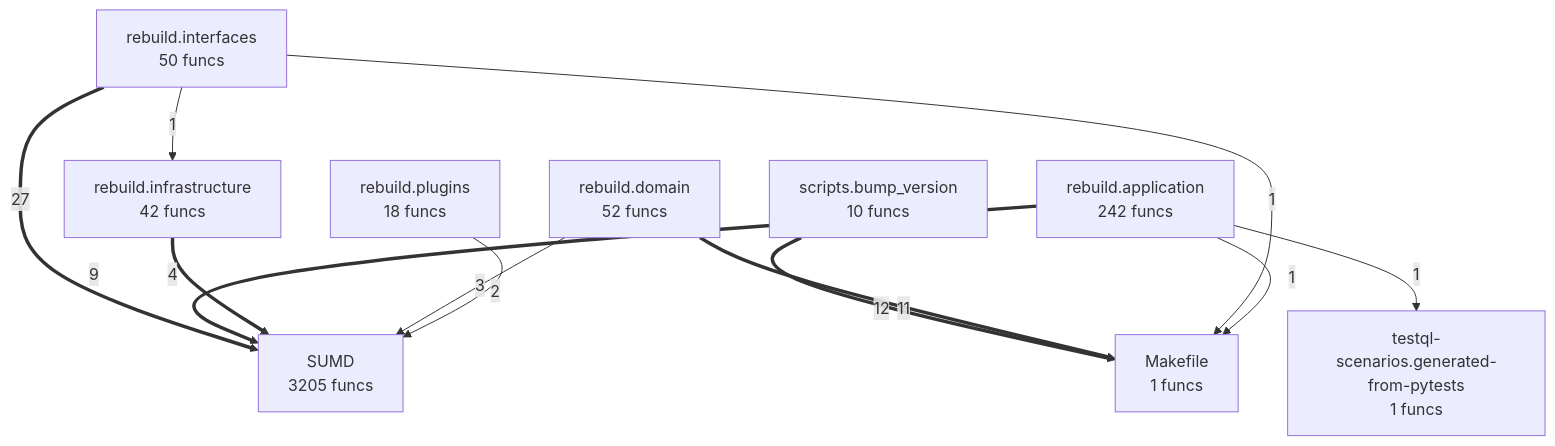
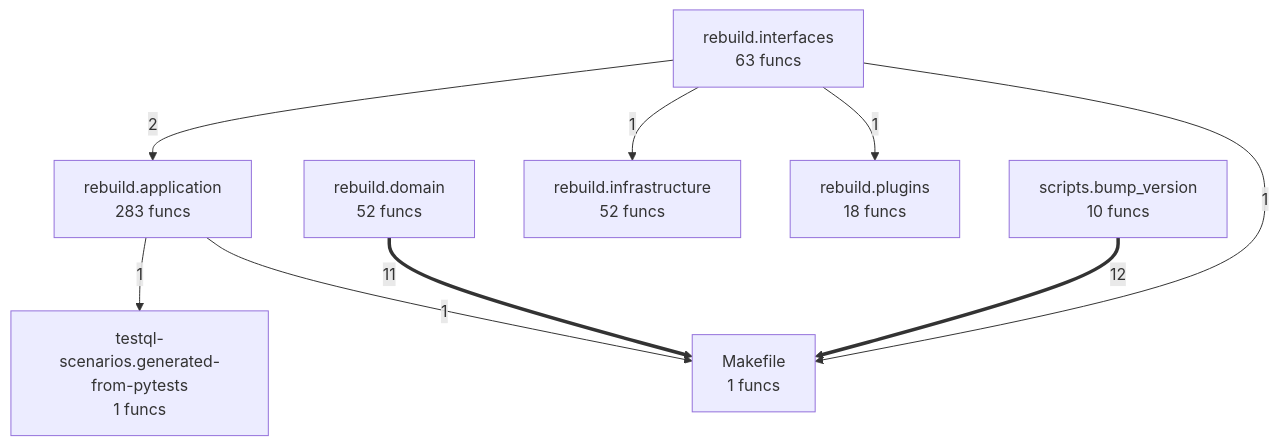
The diagram in project/compact_flow.mmd (semcod/resplit), drawn with Mermaid before and after one commit. The commit also changed 38 other files, not shown here.

```diff
--- a/project/compact_flow.mmd
+++ b/project/compact_flow.mmd
@@ -1,22 +1,18 @@
 flowchart TD
-%% generated in 0.03s
+%% generated in 0.01s
     Makefile["Makefile<br/>1 funcs"]
-    SUMD["SUMD<br/>3205 funcs"]
-    rebuild__application["rebuild.application<br/>242 funcs"]
+    rebuild__application["rebuild.application<br/>283 funcs"]
     rebuild__domain["rebuild.domain<br/>52 funcs"]
-    rebuild__infrastructure["rebuild.infrastructure<br/>42 funcs"]
-    rebuild__interfaces["rebuild.interfaces<br/>50 funcs"]
+    rebuild__infrastructure["rebuild.infrastructure<br/>52 funcs"]
+    rebuild__interfaces["rebuild.interfaces<br/>63 funcs"]
     rebuild__plugins["rebuild.plugins<br/>18 funcs"]
     scripts__bump_version["scripts.bump_version<br/>10 funcs"]
     testql_scenarios__generated_from_pytests["testql-scenarios.generated-from-pytests<br/>1 funcs"]
-    rebuild__interfaces ==>|27| SUMD
     scripts__bump_version ==>|12| Makefile
     rebuild__domain ==>|11| Makefile
-    rebuild__application ==>|9| SUMD
-    rebuild__infrastructure ==>|4| SUMD
-    rebuild__domain -->|3| SUMD
-    rebuild__plugins -->|2| SUMD
+    rebuild__interfaces -->|2| rebuild__application
+    rebuild__application -->|1| testql_scenarios__generated_from_pytests
+    rebuild__application -->|1| Makefile
+    rebuild__interfaces -->|1| rebuild__infrastructure
+    rebuild__interfaces -->|1| rebuild__plugins
     rebuild__interfaces -->|1| Makefile
-    rebuild__application -->|1| Makefile
-    rebuild__application -->|1| testql_scenarios__generated_from_pytests
-    rebuild__interfaces -->|1| rebuild__infrastructure
```
